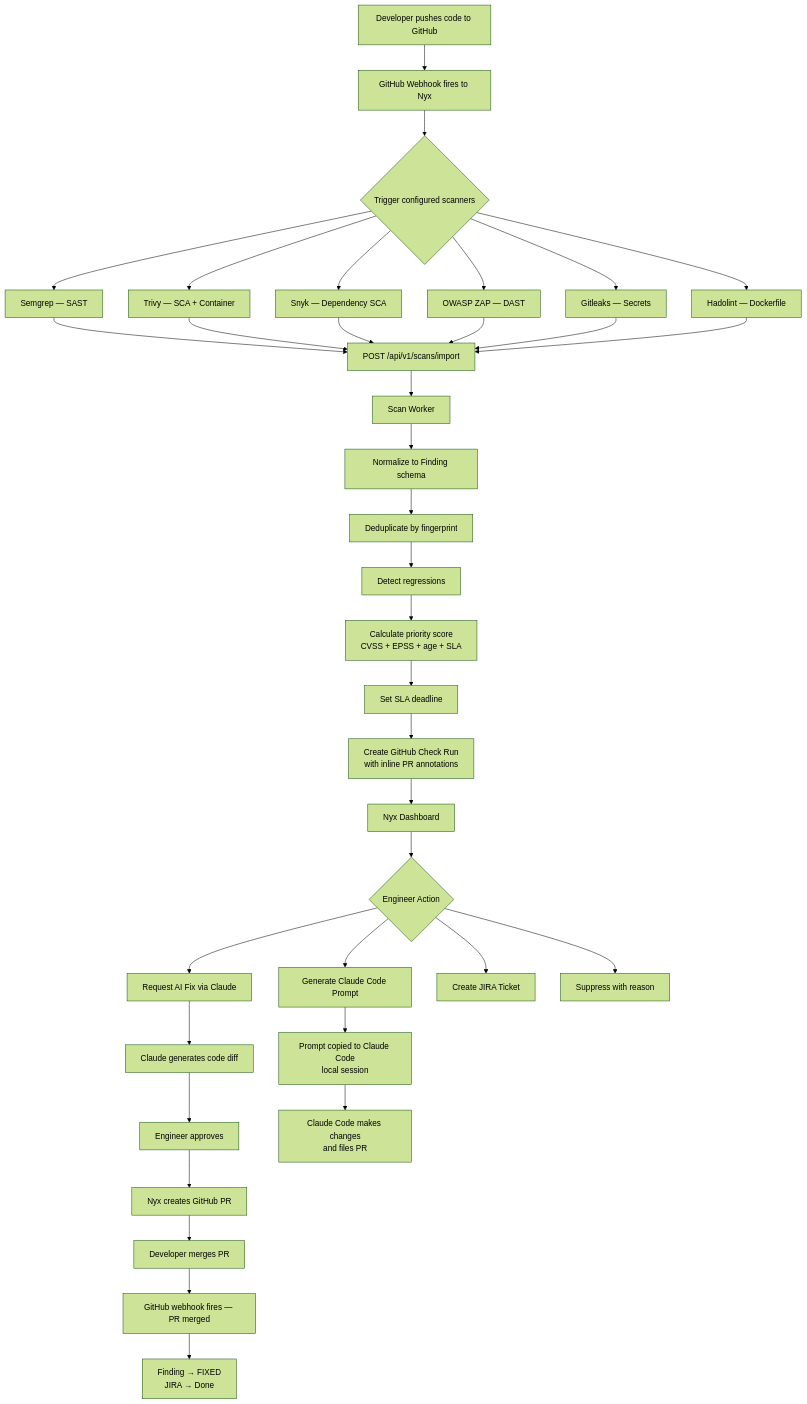
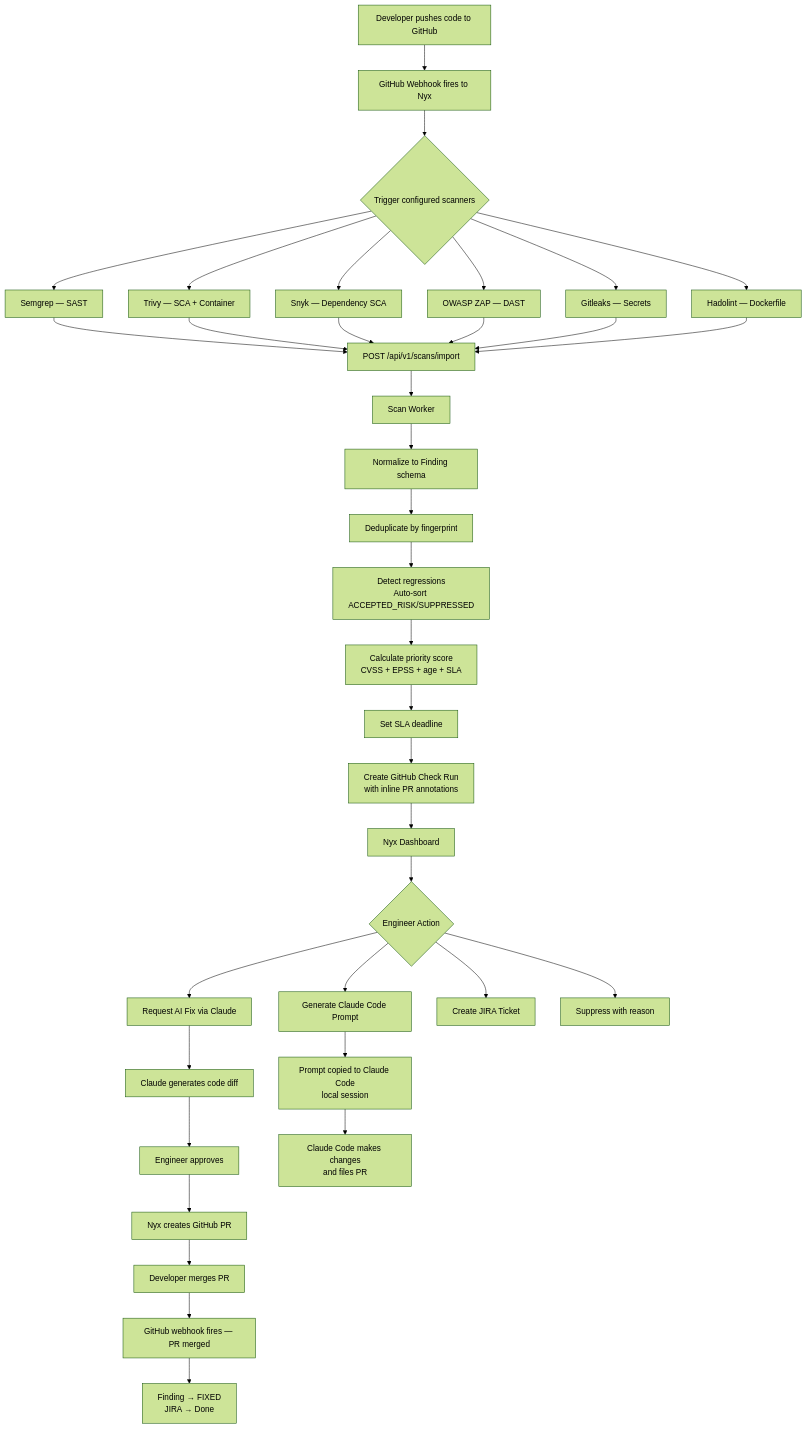
The first of 2 diagrams in docs/blog-post-nyx.md (LeSpookyHacker/nyx), drawn with Mermaid (forest theme) before and after one commit. The commit also changed other lines of this file and 1 other file, not shown here.

Commit message:
Update README and blog post with auto-sort, bell tabs, finding detail improvements

````diff
--- a/docs/blog-post-nyx.md
+++ b/docs/blog-post-nyx.md
@@ -64,40 +64,40 @@
 ```mermaid
 flowchart TD
     A[Developer pushes code to GitHub] --> B[GitHub Webhook fires to Nyx]
     B --> C{Trigger configured scanners}
 
     C --> D[Semgrep — SAST]
     C --> E[Trivy — SCA + Container]
     C --> F[Snyk — Dependency SCA]
     C --> G[OWASP ZAP — DAST]
     C --> H[Gitleaks — Secrets]
     C --> I[Hadolint — Dockerfile]
 
     D & E & F & G & H & I --> J[POST /api/v1/scans/import]
 
     J --> K[Scan Worker]
     K --> K1[Normalize to Finding schema]
     K1 --> K2[Deduplicate by fingerprint]
-    K2 --> K3[Detect regressions]
+    K2 --> K3[Detect regressions\nAuto-sort ACCEPTED_RISK/SUPPRESSED]
     K3 --> K4[Calculate priority score\nCVSS + EPSS + age + SLA]
     K4 --> K5[Set SLA deadline]
     K5 --> K6[Create GitHub Check Run\nwith inline PR annotations]
 
     K6 --> L[Nyx Dashboard]
 
     L --> M{Engineer Action}
     M --> N[Request AI Fix via Claude]
     M --> O[Generate Claude Code Prompt]
     M --> P[Create JIRA Ticket]
     M --> Q[Suppress with reason]
 
     N --> R[Claude generates code diff]
     R --> S[Engineer approves]
     S --> T[Nyx creates GitHub PR]
     T --> U[Developer merges PR]
     U --> V[GitHub webhook fires — PR merged]
     V --> W[Finding → FIXED\nJIRA → Done]
 
     O --> X[Prompt copied to Claude Code\nlocal session]
     X --> Y[Claude Code makes changes\nand files PR]
 ```
````
